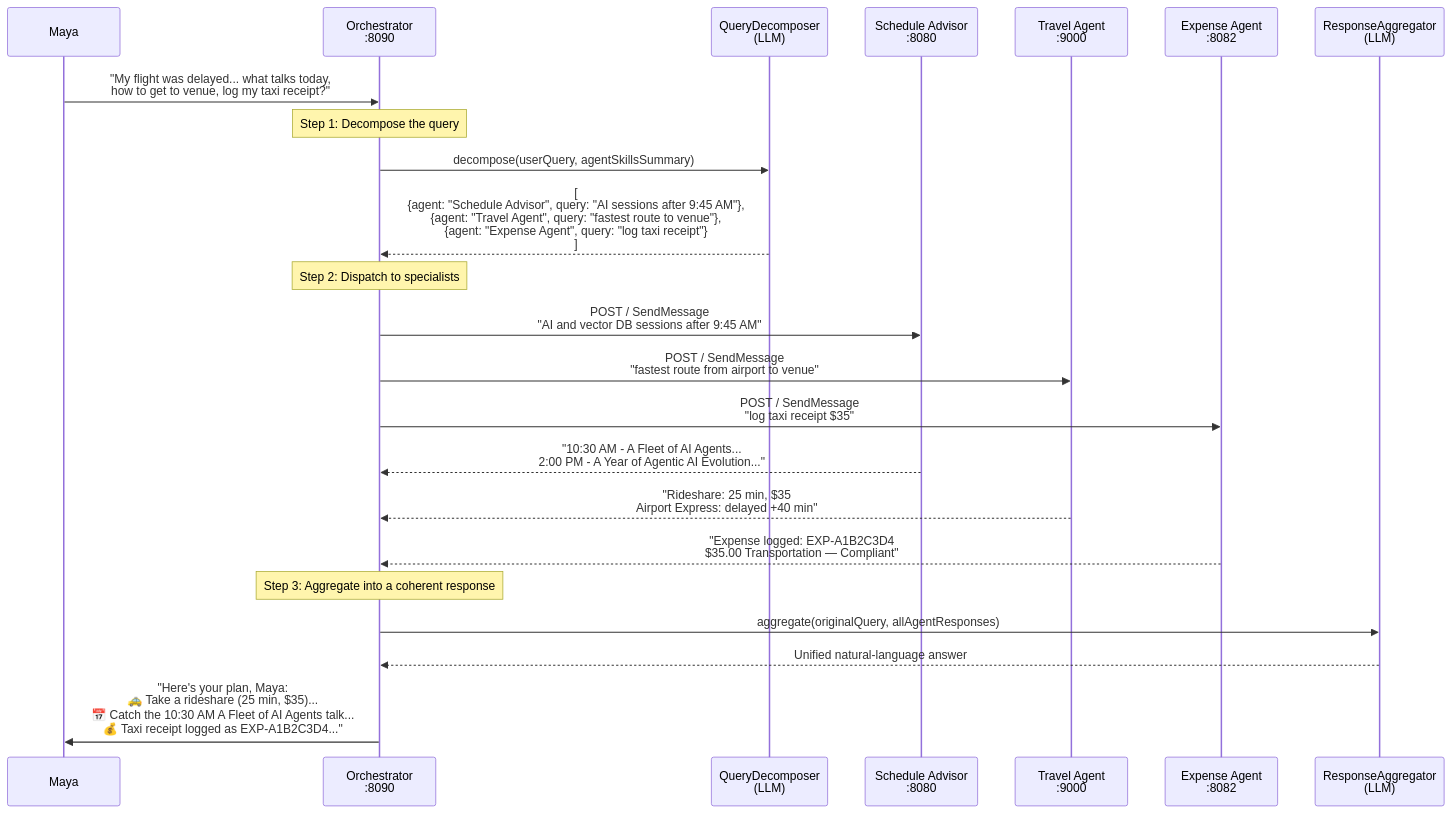
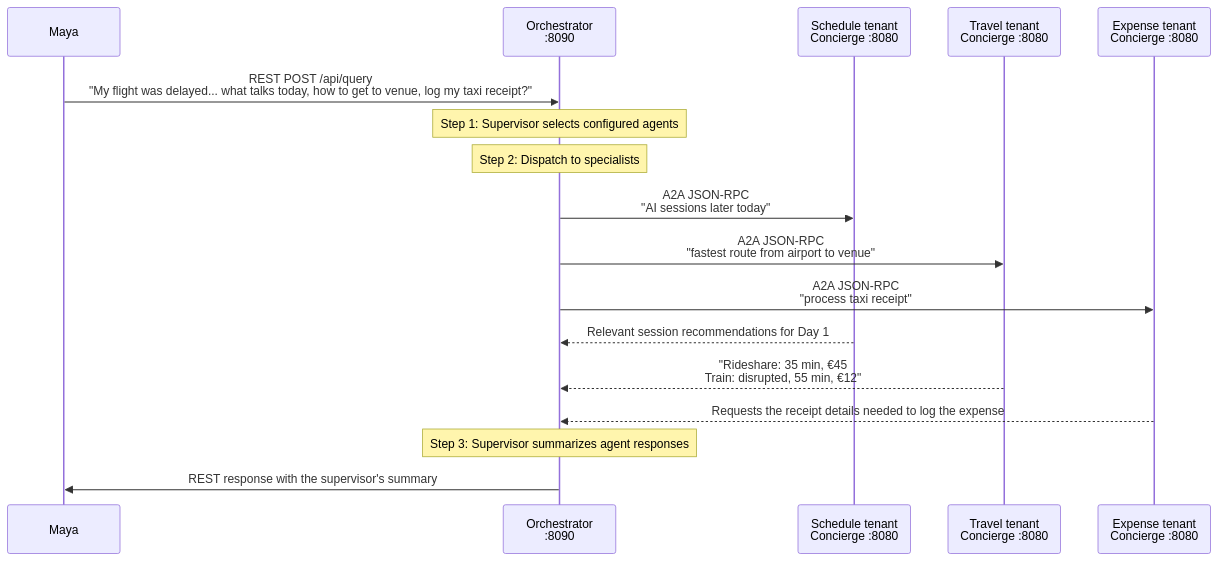
Before and after one commit to ehsavoie/a2a-agent-lab-2026: the third of 4 diagrams in README.md, drawn with Mermaid. The commit also changed other lines of this file and 7 other files, not shown here.

Commit message:
fix: align Exercise 5 with multi-tenant Concierge

````diff
--- a/README.md
+++ b/README.md
@@ -123,31 +112,25 @@
 ```mermaid
 sequenceDiagram
     participant M as Maya
     participant O as Orchestrator<br/>:8090
-    participant LLM1 as QueryDecomposer<br/>(LLM)
-    participant S as Schedule Advisor<br/>:8080
-    participant T as Travel Agent<br/>:9000
-    participant X as Expense Agent<br/>:8082
-    participant LLM2 as ResponseAggregator<br/>(LLM)
+    participant S as Schedule tenant<br/>Concierge :8080
+    participant T as Travel tenant<br/>Concierge :8080
+    participant X as Expense tenant<br/>Concierge :8080
 
-    M->>O: "My flight was delayed... what talks today,<br/>how to get to venue, log my taxi receipt?"
+    M->>O: REST POST /api/query<br/>"My flight was delayed... what talks today, how to get to venue, log my taxi receipt?"
 
-    Note over O: Step 1: Decompose the query
-    O->>LLM1: decompose(userQuery, agentSkillsSummary)
-    LLM1-->>O: [<br/>  {agent: "Schedule Advisor", query: "AI sessions after 9:45 AM"},<br/>  {agent: "Travel Agent", query: "fastest route to venue"},<br/>  {agent: "Expense Agent", query: "log taxi receipt"}<br/>]
+    Note over O: Step 1: Supervisor selects configured agents
 
     Note over O: Step 2: Dispatch to specialists
-    O->>S: POST / SendMessage<br/>"AI and vector DB sessions after 9:45 AM"
-    O->>T: POST / SendMessage<br/>"fastest route from airport to venue"
-    O->>X: POST / SendMessage<br/>"log taxi receipt $35"
+    O->>S: A2A JSON-RPC<br/>"AI sessions later today"
+    O->>T: A2A JSON-RPC<br/>"fastest route from airport to venue"
+    O->>X: A2A JSON-RPC<br/>"process taxi receipt"
 
-    S-->>O: "10:30 AM - A Fleet of AI Agents...<br/>2:00 PM - A Year of Agentic AI Evolution..."
-    T-->>O: "Rideshare: 25 min, $35<br/>Airport Express: delayed +40 min"
-    X-->>O: "Expense logged: EXP-A1B2C3D4<br/>$35.00 Transportation — Compliant"
+    S-->>O: Relevant session recommendations for Day 1
+    T-->>O: "Rideshare: 35 min, €45<br/>Train: disrupted, 55 min, €12"
+    X-->>O: Requests the receipt details needed to log the expense
 
-    Note over O: Step 3: Aggregate into a coherent response
-    O->>LLM2: aggregate(originalQuery, allAgentResponses)
-    LLM2-->>O: Unified natural-language answer
+    Note over O: Step 3: Supervisor summarizes agent responses
 
-    O->>M: "Here's your plan, Maya:<br/>🚕 Take a rideshare (25 min, $35)...<br/>📅 Catch the 10:30 AM A Fleet of AI Agents talk...<br/>💰 Taxi receipt logged as EXP-A1B2C3D4..."
+    O->>M: REST response with the supervisor's summary
 ```
````
